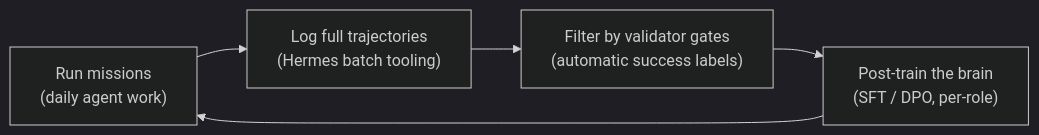
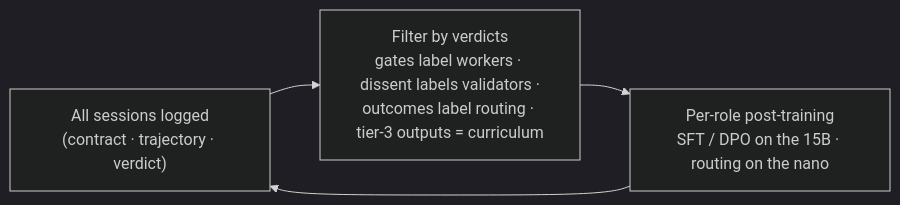
Before and after one commit to koretex-ai/koretex-agent: the fourth of 4 diagrams in README.md, drawn with Mermaid (dark theme). The commit also changed other lines of this file, not shown here.

````diff
--- a/README.md
+++ b/README.md
@@ -120,4 +140,6 @@
 ```mermaid
 flowchart LR
-  run["Run missions<br/>(daily agent work)"] --> log["Log full trajectories<br/>(Hermes batch tooling)"] --> filter["Filter by validator gates<br/>(automatic success labels)"] --> train["Post-train the brain<br/>(SFT / DPO, per-role)"] --> run
+  run["All sessions logged<br/>(contract · trajectory · verdict)"] --> filter["Filter by verdicts<br/>gates label workers · dissent labels validators ·<br/>outcomes label routing · tier-3 outputs = curriculum"]
+  filter --> train["Per-role post-training<br/>SFT / DPO on the 15B · routing on the nano"]
+  train --> run
 ```
````
